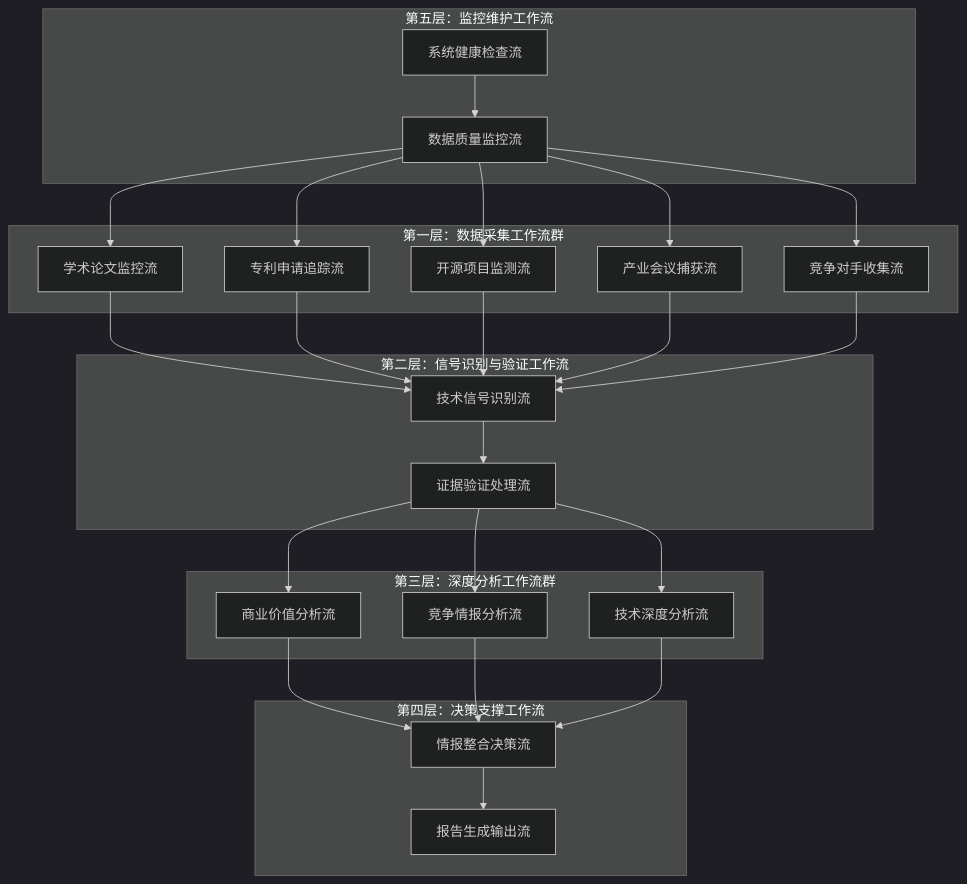
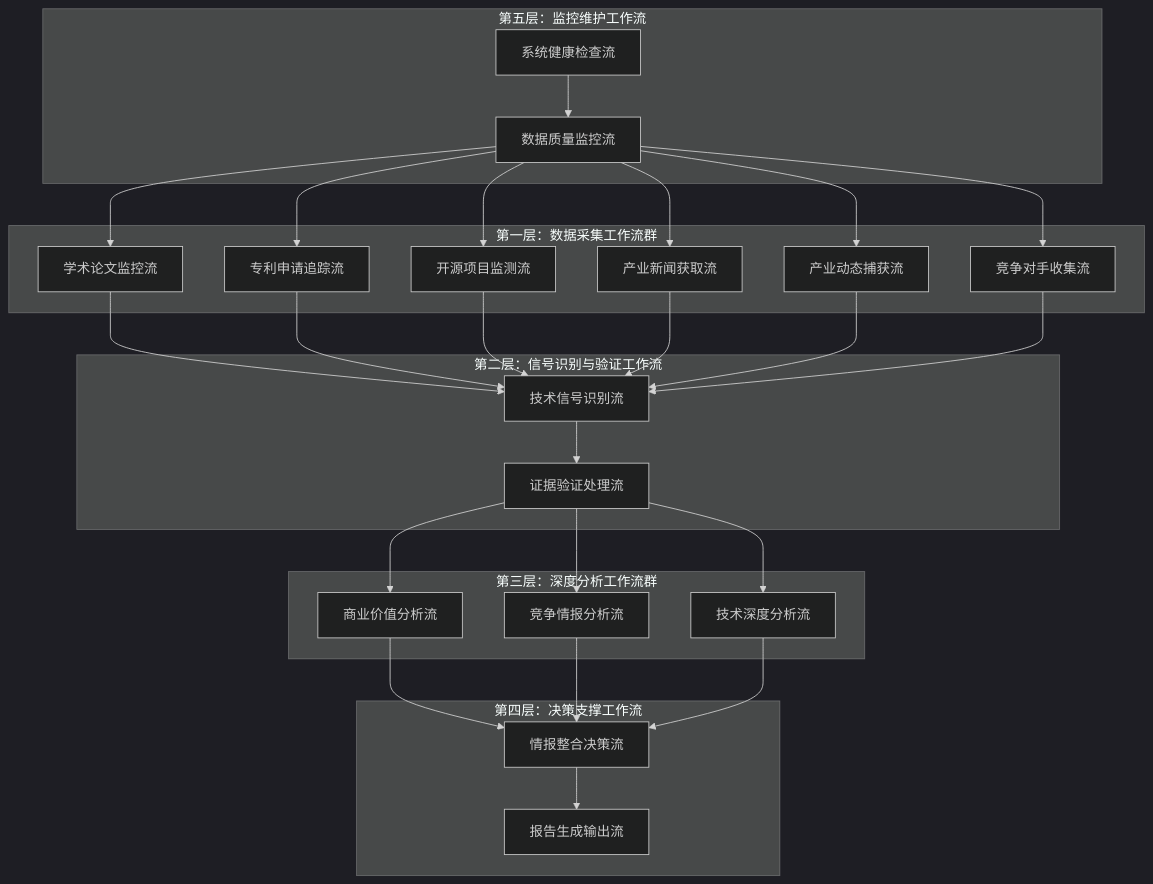
One commit to wisdom-future/ict-tech-insight changed the first of 2 diagrams in docs/技术情报决策引擎 - Make工作流架构设计.md. Above: the diagram before and after it, drawn with Mermaid (dark theme). The commit also changed other lines of this file, not shown here.

````diff
--- a/docs/技术情报决策引擎 - Make工作流架构设计.md
+++ b/docs/技术情报决策引擎 - Make工作流架构设计.md
@@ -7,57 +7,59 @@
 ```mermaid
 graph TB
     subgraph "第一层：数据采集工作流群"
         WF1[学术论文监控流]
         WF2[专利申请追踪流]
         WF3[开源项目监测流]
         WF4[产业新闻获取流]
-        WF4[产业会议捕获流]
-        WF5[竞争对手收集流]
+        WF5[产业动态捕获流]
+        WF6[竞争对手收集流]
     end
     
     subgraph "第二层：信号识别与验证工作流"
-        WF6[技术信号识别流]
-        WF7[证据验证处理流]
+        WF7[技术信号识别流]
+        WF8[证据验证处理流]
     end
     
     subgraph "第三层：深度分析工作流群"
-        WF8[商业价值分析流]
-        WF9[竞争情报分析流]
-        WF10[技术深度分析流]
+        WF9[商业价值分析流]
+        WF10[竞争情报分析流]
+        WF11[技术深度分析流]
     end
     
     subgraph "第四层：决策支撑工作流"
-        WF11[情报整合决策流]
-        WF12[报告生成输出流]
+        WF12[情报整合决策流]
+        WF13[报告生成输出流]
     end
     
     subgraph "第五层：监控维护工作流"
-        WF13[数据质量监控流]
-        WF14[系统健康检查流]
+        WF14[数据质量监控流]
+        WF15[系统健康检查流]
     end
 
-    WF1 --> WF6
-    WF2 --> WF6
-    WF3 --> WF6
-    WF4 --> WF6
-    WF5 --> WF6
+    WF1 --> WF7
+    WF2 --> WF7
+    WF3 --> WF7
+    WF4 --> WF7
+    WF5 --> WF7
+    WF6 --> WF7
     
-    WF6 --> WF7
     WF7 --> WF8
-    WF7 --> WF9
-    WF7 --> WF10
+    WF8 --> WF9
+    WF8 --> WF10
+    WF8 --> WF11
     
-    WF8 --> WF11
-    WF9 --> WF11
-    WF10 --> WF11
-    
+    WF9 --> WF12
+    WF10 --> WF12
     WF11 --> WF12
     
-    WF13 --> WF1
-    WF13 --> WF2
-    WF13 --> WF3
-    WF13 --> WF4
-    WF13 --> WF5
+    WF12 --> WF13
     
-    WF14 --> WF13
+    WF14 --> WF1
+    WF14 --> WF2
+    WF14 --> WF3
+    WF14 --> WF4
+    WF14 --> WF5
+    WF14 --> WF6
+    
+    WF15 --> WF14
 ```
````
